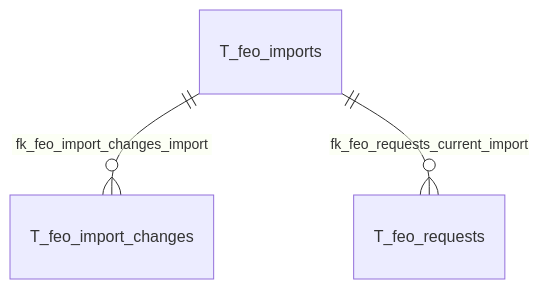
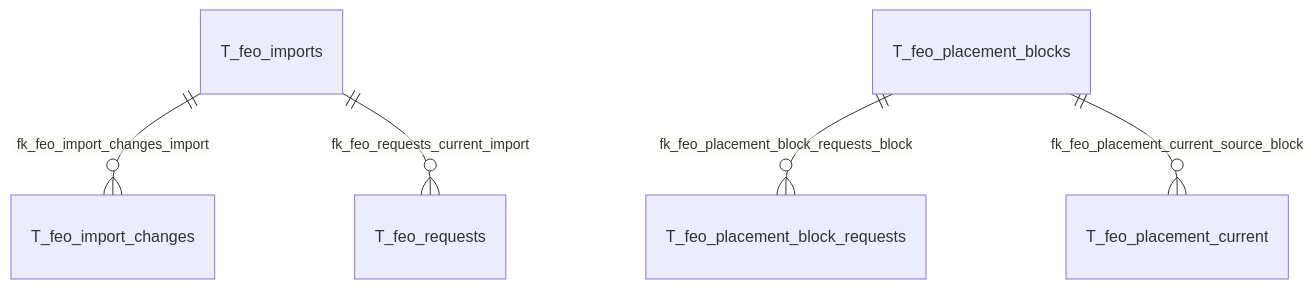
Before and after one commit to caymanlogistic-crypto/erp-planex-ci: the seventh of 9 diagrams in docs/database/TENANT_ERD.md, drawn with Mermaid. The commit also changed other lines of this file and 14 other files, not shown here.

Commit message:
Sync generated tenant schema docs for migration 123

````diff
--- a/docs/database/TENANT_ERD.md
+++ b/docs/database/TENANT_ERD.md
@@ -121,5 +121,7 @@
 ```mermaid
 erDiagram
   T_feo_imports ||--o{ T_feo_import_changes : "fk_feo_import_changes_import"
+  T_feo_placement_blocks ||--o{ T_feo_placement_block_requests : "fk_feo_placement_block_requests_block"
+  T_feo_placement_blocks ||--o{ T_feo_placement_current : "fk_feo_placement_current_source_block"
   T_feo_imports ||--o{ T_feo_requests : "fk_feo_requests_current_import"
 ```
````
